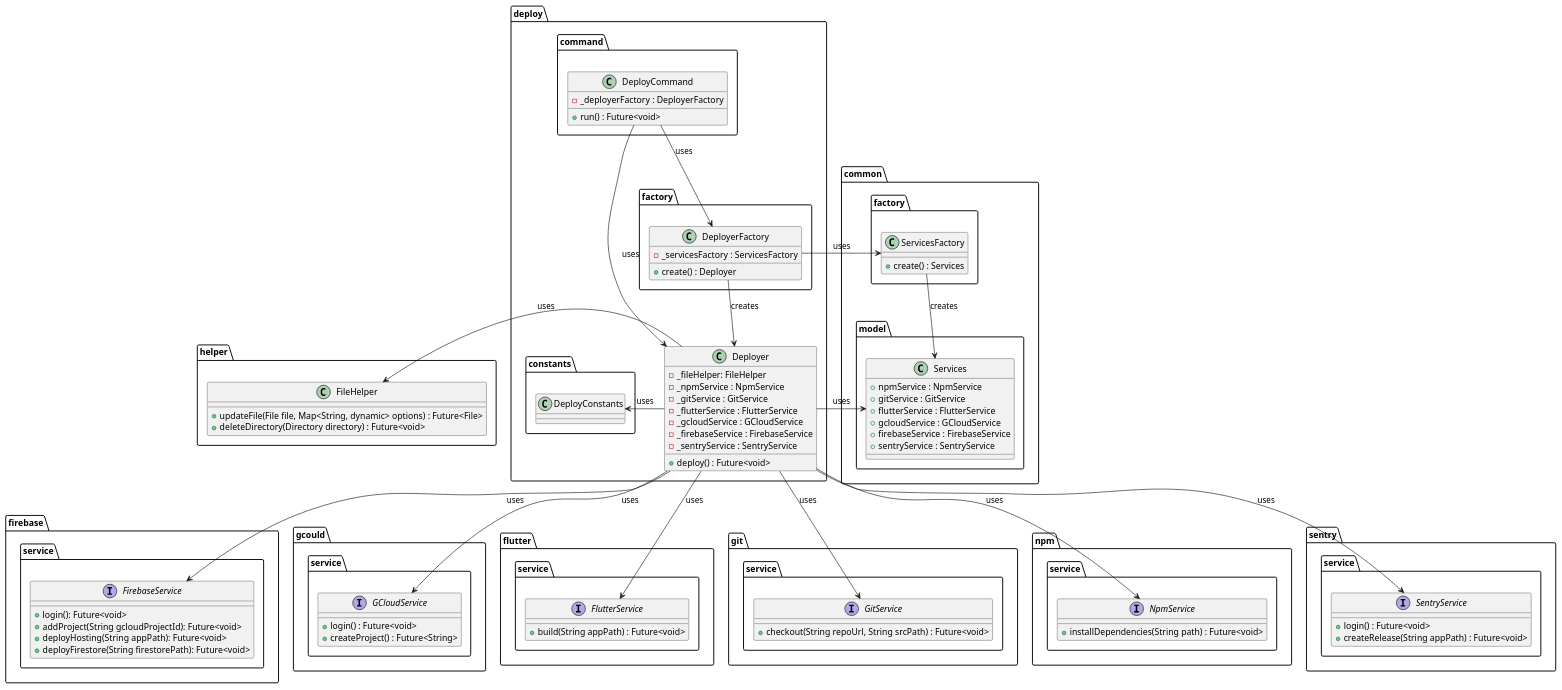
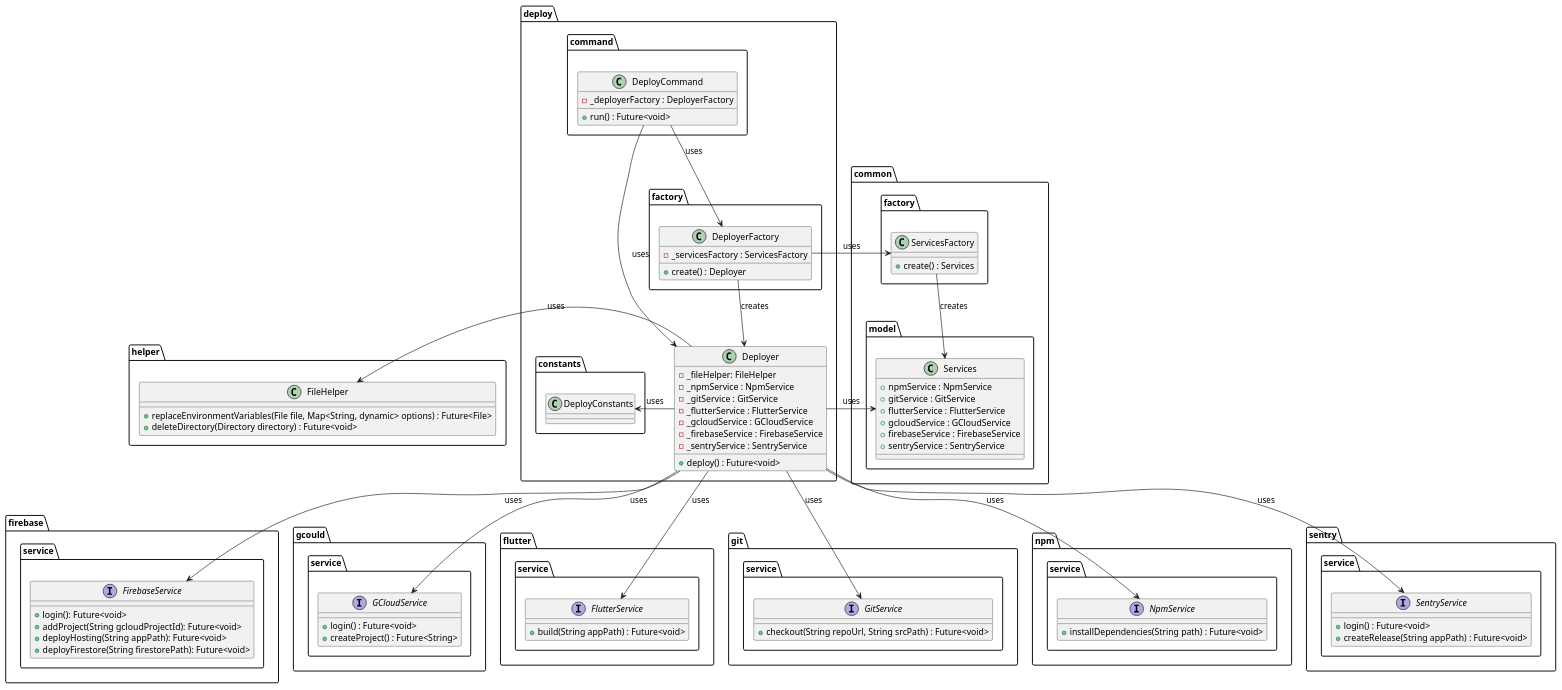
Before and after one commit to Flank/flank-dashboard: the diagram in metrics/cli/docs/diagrams/deploy_command_class_diagram.puml, drawn with PlantUML. The commit also changed 2 other files, not shown here.

```diff
--- a/metrics/cli/docs/diagrams/deploy_command_class_diagram.puml
+++ b/metrics/cli/docs/diagrams/deploy_command_class_diagram.puml
@@ -1,120 +1,120 @@
 @startuml deploy_command_class_diagram
 
 package firebase.service {
     interface FirebaseService {
         + login(): Future<void>
         + addProject(String gcloudProjectId): Future<void>
         + deployHosting(String appPath): Future<void>
         + deployFirestore(String firestorePath): Future<void>
     }
 }
 
 package gcould.service {
     interface GCloudService {
         + login() : Future<void>
         + createProject() : Future<String>
     }
 }
 
 package flutter.service {
     interface FlutterService  {
         + build(String appPath) : Future<void>
     }
 }
 
 package  git.service{
     interface GitService  {
         + checkout(String repoUrl, String srcPath) : Future<void>
     }
 }
 
 package  npm.service {
     interface NpmService  {
         + installDependencies(String path) : Future<void>
     }
 }
 
 package sentry.service{
     interface SentryService  {
         + login() : Future<void>
         + createRelease(String appPath) : Future<void>
     }
 }
 
 package common {
     package model {
         class Services {
             + npmService : NpmService
             + gitService : GitService
             + flutterService : FlutterService
             + gcloudService : GCloudService
             + firebaseService : FirebaseService
             + sentryService : SentryService
         }
     }
 
     package factory as common.factory{
         class ServicesFactory {
             + create() : Services
         }
     }
 }
 
 
 package deploy {
     package command {
         class DeployCommand {
             - _deployerFactory : DeployerFactory
             + run() : Future<void>
         }
     }
 
     package constants {
         class DeployConstants{}
     }
 
     package factory {
         class DeployerFactory {
             - _servicesFactory : ServicesFactory
             + create() : Deployer
         }
     }
 
     class Deployer {
         - _fileHelper: FileHelper
         - _npmService : NpmService
         - _gitService : GitService
         - _flutterService : FlutterService
         - _gcloudService : GCloudService
         - _firebaseService : FirebaseService
         - _sentryService : SentryService
         + deploy() : Future<void>
     }
 }
 
 package helper {
     class FileHelper {
-        + updateFile(File file, Map<String, dynamic> options) : Future<File>
+        + replaceEnvironmentVariables(File file, Map<String, dynamic> options) : Future<File>
         + deleteDirectory(Directory directory) : Future<void>
     }
 }
 
 Deployer -down-> NpmService : uses
 Deployer -down-> GitService : uses
 Deployer -down-> FlutterService : uses
 Deployer -down-> GCloudService : uses
 Deployer -down-> FirebaseService : uses
 Deployer -down-> SentryService : uses
 Deployer -left-> FileHelper : uses
 Deployer -> DeployConstants : uses
 Deployer -> Services : uses
 
 DeployCommand -down-> Deployer : uses
 DeployCommand -down-> DeployerFactory : uses
 DeployerFactory -left-> ServicesFactory : uses
 
 ServicesFactory --> Services : creates
 
 DeployerFactory --> Deployer : creates
 
 @enduml
```
